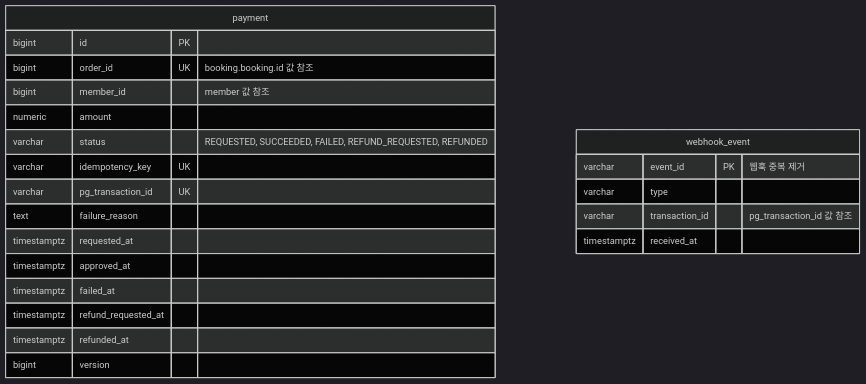
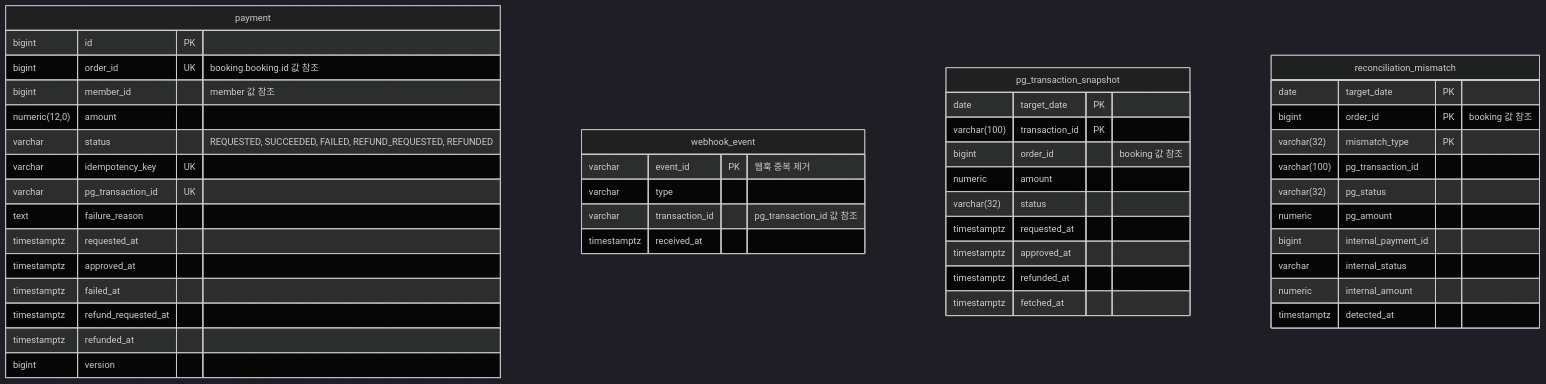
The fourth of 6 diagrams in docs/architecture.md (jkonury/ticketing), drawn with Mermaid (dark theme) before and after one commit. The commit also changed other lines of this file and 1 other file, not shown here.

````diff
--- a/docs/architecture.md
+++ b/docs/architecture.md
@@ -293,25 +293,48 @@
 ```mermaid
 erDiagram
     payment {
         bigint id PK
         bigint order_id UK "booking.booking.id 값 참조"
         bigint member_id "member 값 참조"
-        numeric amount
+        numeric(12,0) amount
         varchar status "REQUESTED, SUCCEEDED, FAILED, REFUND_REQUESTED, REFUNDED"
         varchar idempotency_key UK
         varchar pg_transaction_id UK
         text failure_reason
         timestamptz requested_at
         timestamptz approved_at
         timestamptz failed_at
         timestamptz refund_requested_at
         timestamptz refunded_at
         bigint version
     }
     webhook_event {
         varchar event_id PK "웹훅 중복 제거"
         varchar type
         varchar transaction_id "pg_transaction_id 값 참조"
         timestamptz received_at
     }
+    pg_transaction_snapshot {
+        date target_date PK
+        varchar(100) transaction_id PK
+        bigint order_id "booking 값 참조"
+        numeric amount
+        varchar(32) status
+        timestamptz requested_at
+        timestamptz approved_at
+        timestamptz refunded_at
+        timestamptz fetched_at
+    }
+    reconciliation_mismatch {
+        date target_date PK
+        bigint order_id PK "booking 값 참조"
+        varchar(32) mismatch_type PK
+        varchar(100) pg_transaction_id
+        varchar(32) pg_status
+        numeric pg_amount
+        bigint internal_payment_id
+        varchar internal_status
+        numeric internal_amount
+        timestamptz detected_at
+    }
 ```
````
